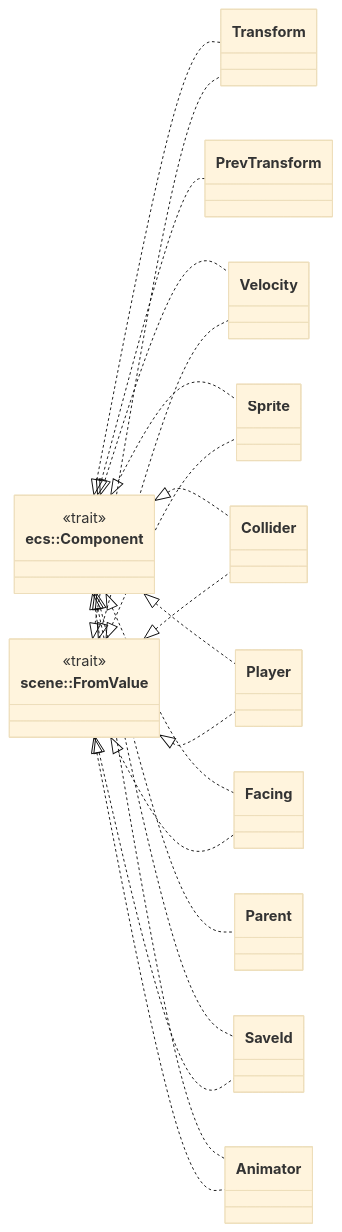
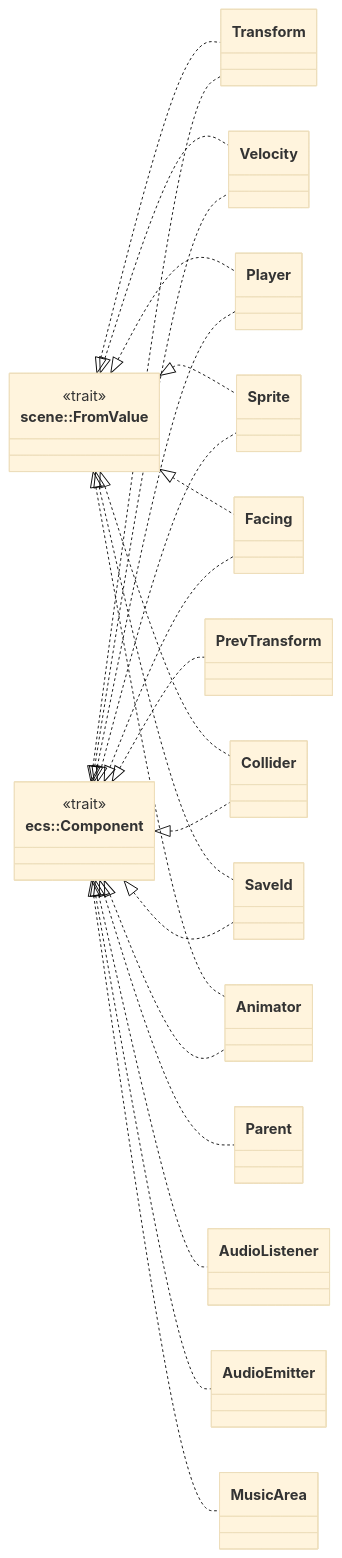
One commit to jabbott-iii/Nadir changed diagram 27 of 30 in diagrams/class-diagram.md. Above: the diagram before and after it, drawn with Mermaid (base theme). The commit also changed other lines of this file and 35 other files, not shown here.

````diff
--- a/diagrams/class-diagram.md
+++ b/diagrams/class-diagram.md
@@ -2057,38 +2090,44 @@
 ```mermaid
 classDiagram
     direction LR
     class Component["ecs::Component"] {
         <<trait>>
     }
     class FromValue["scene::FromValue"] {
         <<trait>>
     }
     class Transform
     class PrevTransform
     class Velocity
     class Sprite
     class Collider
     class Player
     class Facing
     class Parent
     class SaveId
     class Animator
+    class AudioListener
+    class AudioEmitter
+    class MusicArea
     Component <|.. Transform
     Component <|.. PrevTransform
     Component <|.. Velocity
     Component <|.. Sprite
     Component <|.. Collider
     Component <|.. Player
     Component <|.. Facing
     Component <|.. Parent
     Component <|.. SaveId
     Component <|.. Animator
+    Component <|.. AudioListener
+    Component <|.. AudioEmitter
+    Component <|.. MusicArea
     FromValue <|.. Transform
     FromValue <|.. Velocity
     FromValue <|.. Player
     FromValue <|.. Facing
     FromValue <|.. SaveId
     FromValue <|.. Sprite
     FromValue <|.. Collider
     FromValue <|.. Animator
 ```
````
